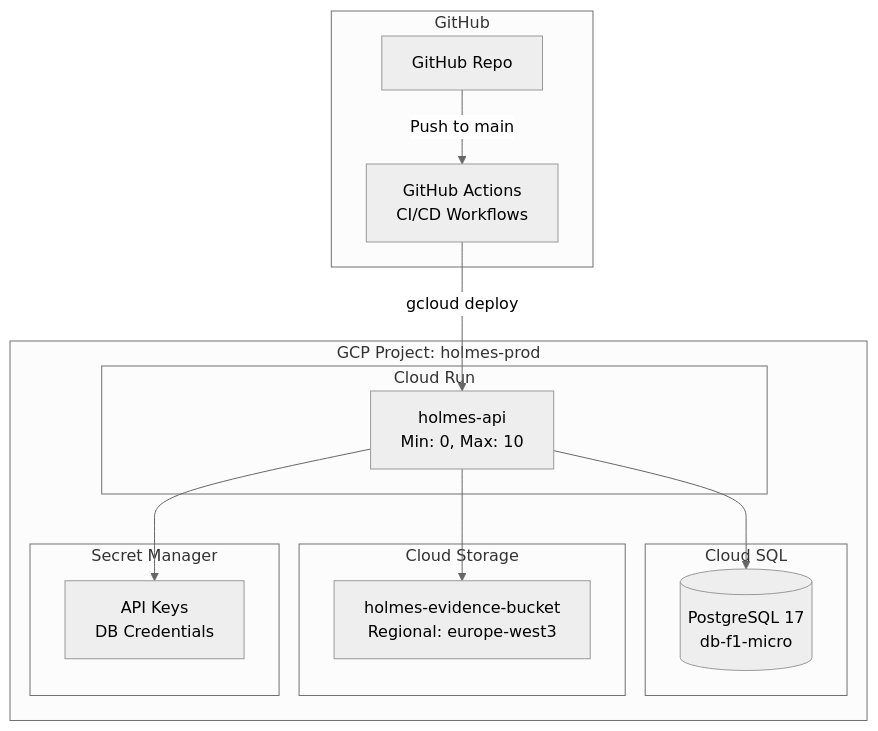
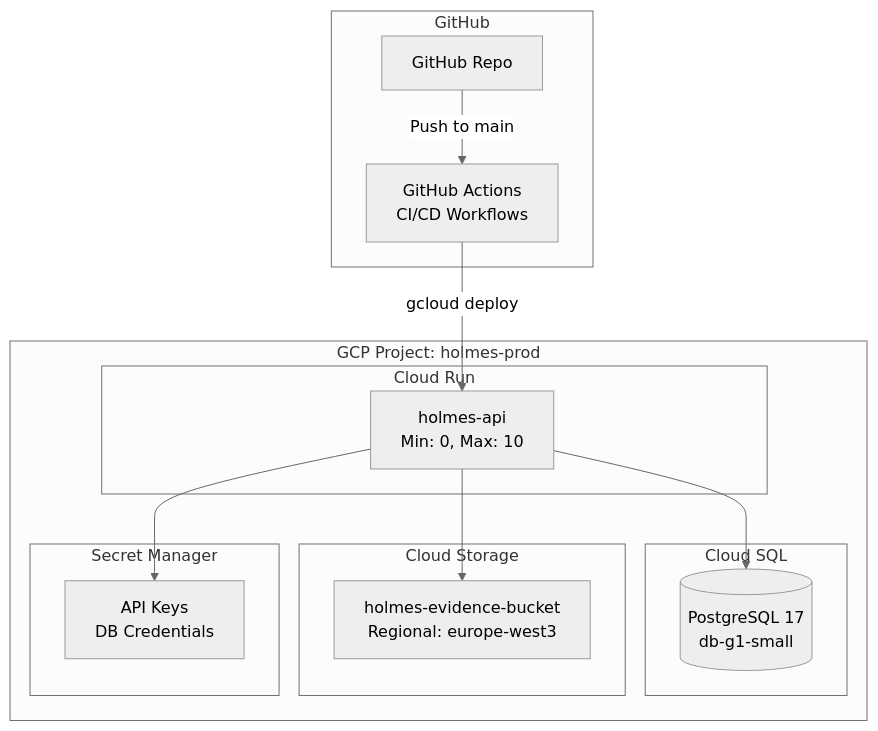
One commit to Siddharth-Khattar/holmes changed diagram 12 of 14 in .planning/research/ARCHITECTURE.md. Above: the diagram before and after it, drawn with Mermaid (neutral theme). The commit also changed other lines of this file and 7 other files, not shown here.

Commit message:
feat(terraform): switch Cloud SQL to db-g1-small (Enterprise edition) for cost-effective, stable hackathon setup

````diff
--- a/.planning/research/ARCHITECTURE.md
+++ b/.planning/research/ARCHITECTURE.md
@@ -1519,31 +1519,31 @@
 ```mermaid
 graph TB
     subgraph "GitHub"
         GH[GitHub Repo]
         GA[GitHub Actions<br/>CI/CD Workflows]
     end
 
     subgraph "GCP Project: holmes-prod"
         subgraph "Cloud Run"
             CR[holmes-api<br/>Min: 0, Max: 10]
         end
 
         subgraph "Cloud SQL"
-            PG[(PostgreSQL 17<br/>db-f1-micro)]
+            PG[(PostgreSQL 17<br/>db-g1-small)]
         end
 
         subgraph "Cloud Storage"
             GCS[holmes-evidence-bucket<br/>Regional: europe-west3]
         end
 
         subgraph "Secret Manager"
             SEC[API Keys<br/>DB Credentials]
         end
     end
 
     GH -->|Push to main| GA
     GA -->|gcloud deploy| CR
     CR --> PG
     CR --> GCS
     CR --> SEC
 ```
````
